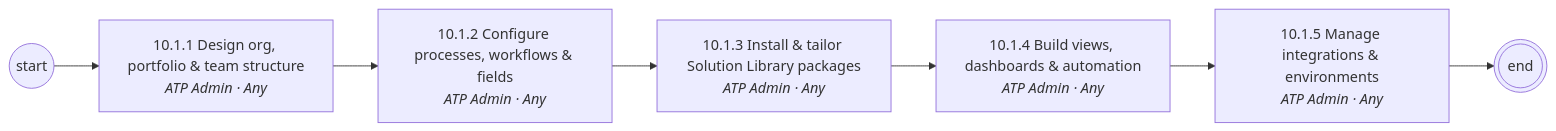
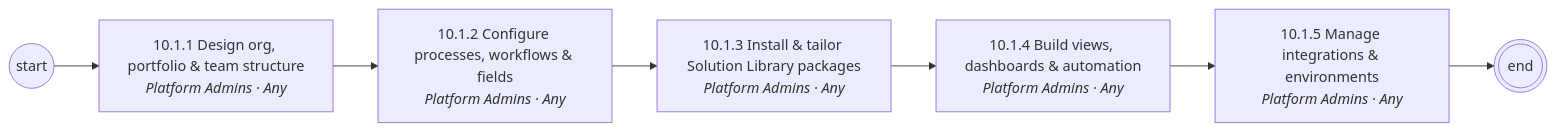
One commit to corbyjames/apptio-process-catalog changed the second of 8 diagrams in diagrams/mermaid/area-10.md. Above: the diagram before and after it, drawn with Mermaid. The commit also changed other lines of this file and 251 other files, not shown here.

````diff
--- a/diagrams/mermaid/area-10.md
+++ b/diagrams/mermaid/area-10.md
@@ -29,15 +29,15 @@
 ```mermaid
 flowchart LR
   S((start))
-  N10_1_1["10.1.1 Design org, portfolio & team structure<br/><i>ATP Admin · Any</i>"]
+  N10_1_1["10.1.1 Design org, portfolio & team structure<br/><i>Platform Admins · Any</i>"]
   S --> N10_1_1
-  N10_1_2["10.1.2 Configure processes, workflows & fields<br/><i>ATP Admin · Any</i>"]
+  N10_1_2["10.1.2 Configure processes, workflows & fields<br/><i>Platform Admins · Any</i>"]
   N10_1_1 --> N10_1_2
-  N10_1_3["10.1.3 Install & tailor Solution Library packages<br/><i>ATP Admin · Any</i>"]
+  N10_1_3["10.1.3 Install & tailor Solution Library packages<br/><i>Platform Admins · Any</i>"]
   N10_1_2 --> N10_1_3
-  N10_1_4["10.1.4 Build views, dashboards & automation<br/><i>ATP Admin · Any</i>"]
+  N10_1_4["10.1.4 Build views, dashboards & automation<br/><i>Platform Admins · Any</i>"]
   N10_1_3 --> N10_1_4
-  N10_1_5["10.1.5 Manage integrations & environments<br/><i>ATP Admin · Any</i>"]
+  N10_1_5["10.1.5 Manage integrations & environments<br/><i>Platform Admins · Any</i>"]
   N10_1_4 --> N10_1_5
   N10_1_5 --> E(((end)))
 ```
````
